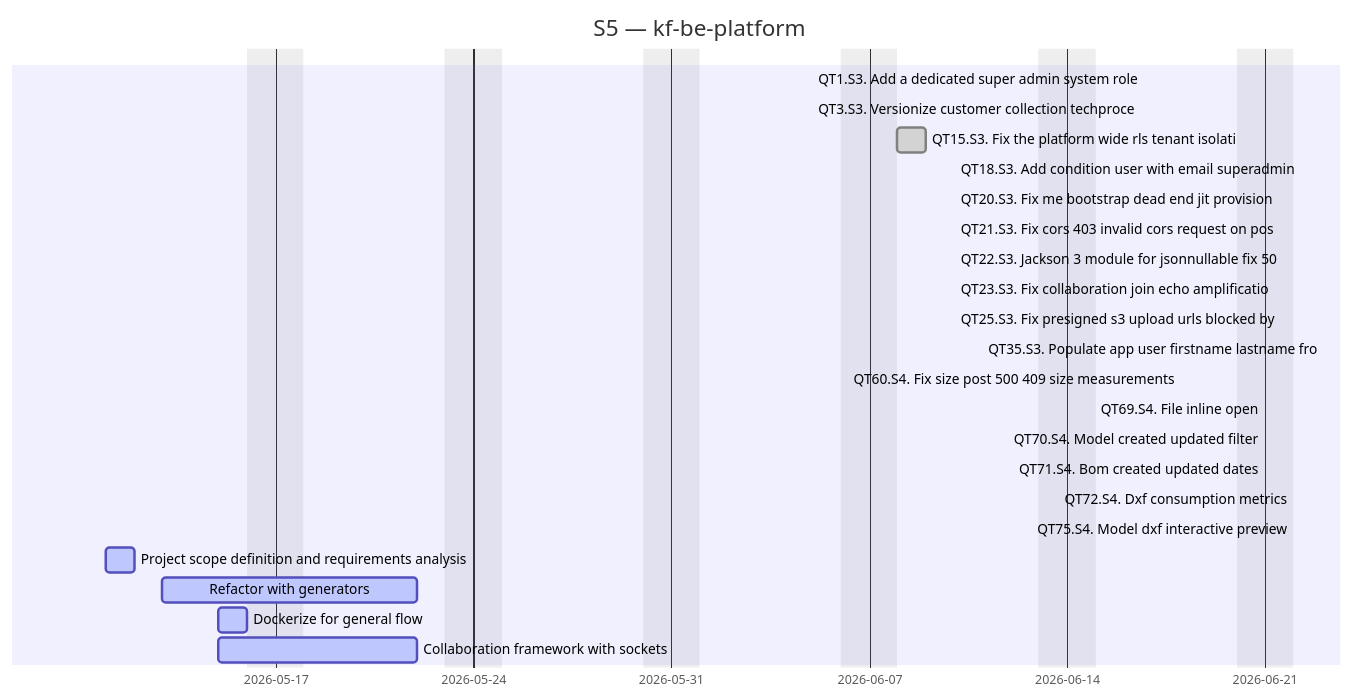
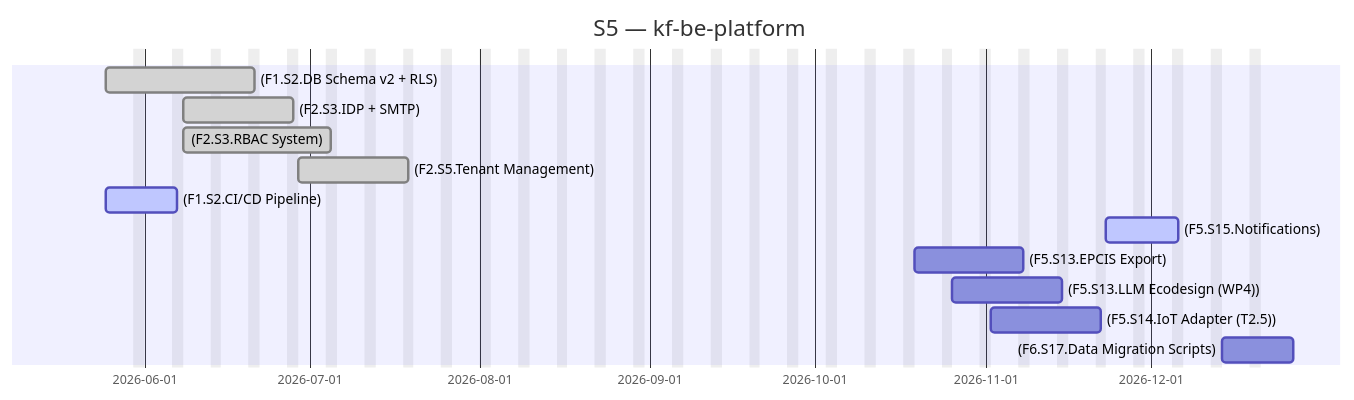
One commit to Katty-Fashion/kf-cpto changed the diagram in docs/_projects/kf-be-platform.md. Above: the diagram before and after it, drawn with Mermaid. The commit also changed other lines of this file and 12 other files, not shown here.

````diff
--- a/docs/_projects/kf-be-platform.md
+++ b/docs/_projects/kf-be-platform.md
@@ -100,27 +80,17 @@
 ```mermaid
 gantt
     title S5 — kf-be-platform
     dateFormat YYYY-MM-DD
     excludes weekends
 
-    QT1.S3. Add a dedicated super admin system role :done, 2026-06-05, 2026-06-05
-    QT3.S3. Versionize customer collection techproce :done, 2026-06-05, 2026-06-05
-    QT15.S3. Fix the platform wide rls tenant isolati :done, 2026-06-08, 2026-06-09
-    QT18.S3. Add condition user with email superadmin :done, 2026-06-10, 2026-06-10
-    QT20.S3. Fix me bootstrap dead end jit provision :done, 2026-06-10, 2026-06-10
-    QT21.S3. Fix cors 403 invalid cors request on pos :done, 2026-06-10, 2026-06-10
-    QT22.S3. Jackson 3 module for jsonnullable fix 50 :done, 2026-06-10, 2026-06-10
-    QT23.S3. Fix collaboration join echo amplificatio :done, 2026-06-10, 2026-06-10
-    QT25.S3. Fix presigned s3 upload urls blocked by :done, 2026-06-10, 2026-06-10
-    QT35.S3. Populate app user firstname lastname fro :done, 2026-06-11, 2026-06-11
-    QT60.S4. Fix size post 500 409 size measurements :done, 2026-06-18, 2026-06-18
-    QT69.S4. File inline open :done, 2026-06-21, 2026-06-21
-    QT70.S4. Model created updated filter :done, 2026-06-21, 2026-06-21
-    QT71.S4. Bom created updated dates :done, 2026-06-21, 2026-06-21
-    QT72.S4. Dxf consumption metrics :done, 2026-06-22, 2026-06-22
-    QT75.S4. Model dxf interactive preview :done, 2026-06-22, 2026-06-22
-    Project scope definition and requirements analysis :active, 2026-05-11, 2026-05-12
-    Refactor with generators :active, 2026-05-13, 2026-05-22
-    Dockerize for general flow :active, 2026-05-15, 2026-05-16
-    Collaboration framework with sockets :active, 2026-05-15, 2026-05-22
+    (F1.S2.DB Schema v2 + RLS) :done, 2026-05-25, 2026-06-21
+    (F2.S3.IDP + SMTP) :done, 2026-06-08, 2026-06-28
+    (F2.S3.RBAC System) :done, 2026-06-08, 2026-07-05
+    (F2.S5.Tenant Management) :done, 2026-06-29, 2026-07-19
+    (F1.S2.CI/CD Pipeline) :active, 2026-05-25, 2026-06-07
+    (F5.S15.Notifications) :active, 2026-11-23, 2026-12-06
+    (F5.S13.EPCIS Export) :2026-10-19, 2026-11-08
+    (F5.S13.LLM Ecodesign (WP4)) :2026-10-26, 2026-11-15
+    (F5.S14.IoT Adapter (T2.5)) :2026-11-02, 2026-11-22
+    (F6.S17.Data Migration Scripts) :2026-12-14, 2026-12-27
 ```
````
